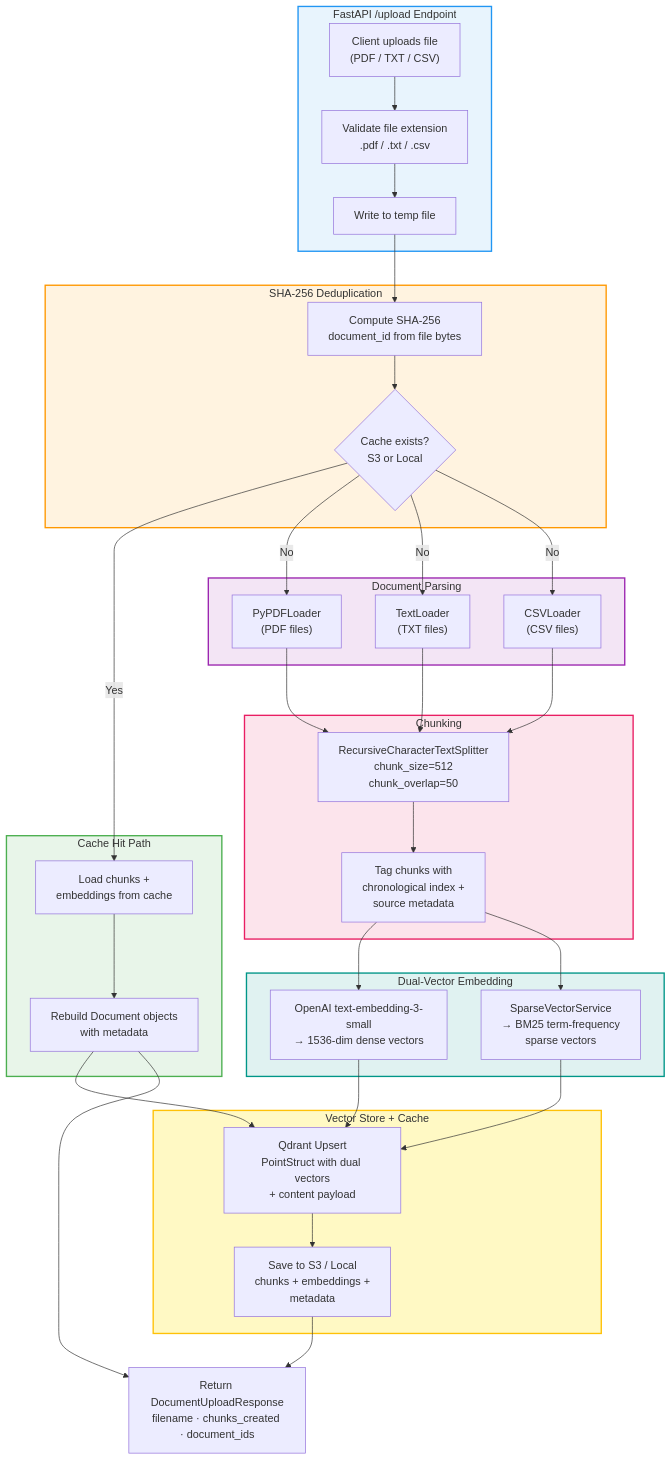
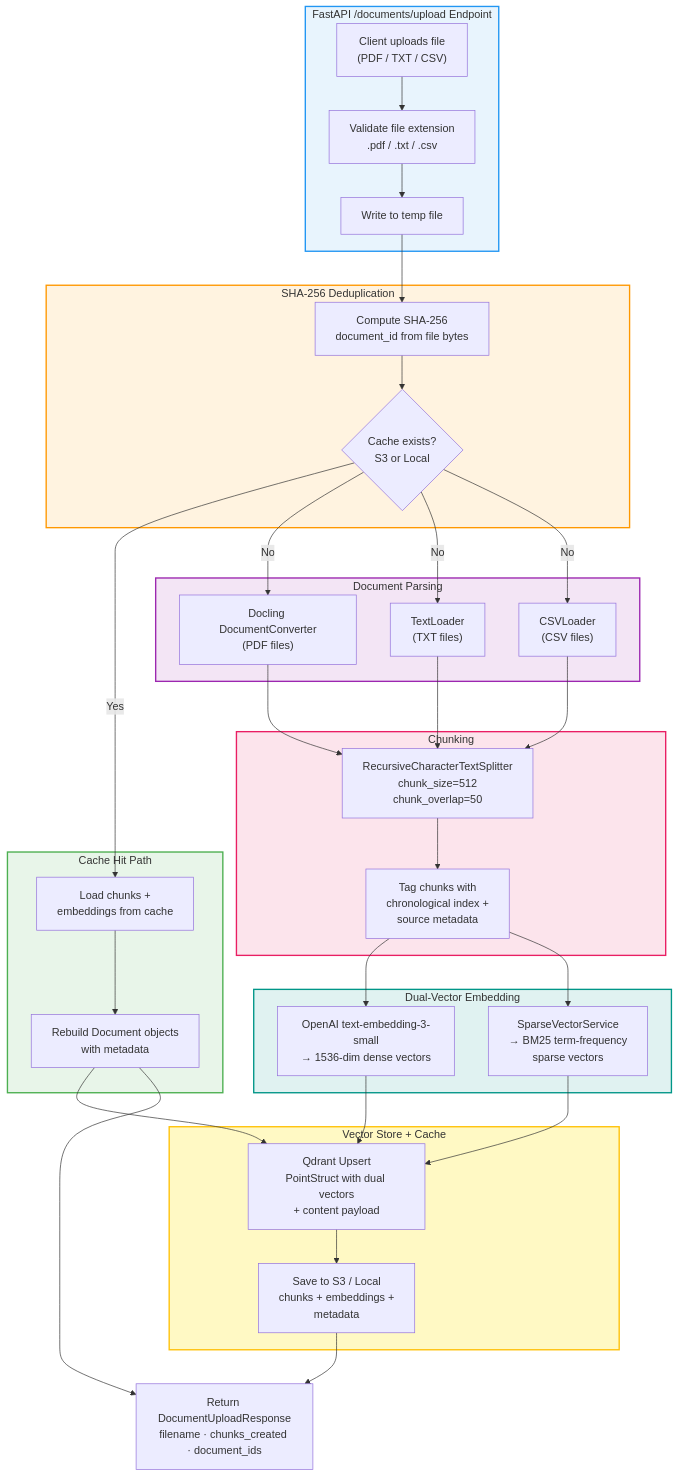
One commit to Manishekhar001/IDOP changed the diagram in docs/design/03-document-upload-pipeline.md. Above: the diagram before and after it, drawn with Mermaid. The commit also changed other lines of this file and 11 other files, not shown here.

````diff
--- a/docs/design/03-document-upload-pipeline.md
+++ b/docs/design/03-document-upload-pipeline.md
@@ -19,68 +19,68 @@
 ```mermaid
 graph TB
-    subgraph Upload["FastAPI /upload Endpoint"]
+    subgraph Upload["FastAPI /documents/upload Endpoint"]
         style Upload fill:#e8f4fd,stroke:#2196F3,stroke-width:2px
         Client["Client uploads file<br/>(PDF / TXT / CSV)"]
         Validate["Validate file extension<br/>.pdf / .txt / .csv"]
         TempFile["Write to temp file"]
     end
 
     subgraph Dedup["SHA-256 Deduplication"]
         style Dedup fill:#fff3e0,stroke:#FF9800,stroke-width:2px
         Hash["Compute SHA-256<br/>document_id from file bytes"]
         CacheCheck{"Cache exists?<br/>S3 or Local"}
     end
 
     subgraph Cached["Cache Hit Path"]
         style Cached fill:#e8f5e9,stroke:#4CAF50,stroke-width:2px
         LoadCache["Load chunks +<br/>embeddings from cache"]
         RebuildDocs["Rebuild Document objects<br/>with metadata"]
     end
 
     subgraph Parse["Document Parsing"]
         style Parse fill:#f3e5f5,stroke:#9C27B0,stroke-width:2px
-        PDFLoader["PyPDFLoader<br/>(PDF files)"]
+        PDFLoader["Docling DocumentConverter<br/>(PDF files)"]
         TextLoader["TextLoader<br/>(TXT files)"]
         CSVLoader["CSVLoader<br/>(CSV files)"]
     end
 
     subgraph Chunk["Chunking"]
         style Chunk fill:#fce4ec,stroke:#E91E63,stroke-width:2px
         Splitter["RecursiveCharacterTextSplitter<br/>chunk_size=512<br/>chunk_overlap=50"]
         IndexTag["Tag chunks with<br/>chronological index +<br/>source metadata"]
     end
 
     subgraph Embed["Dual-Vector Embedding"]
         style Embed fill:#e0f2f1,stroke:#009688,stroke-width:2px
         Dense["OpenAI text-embedding-3-small<br/>→ 1536-dim dense vectors"]
         Sparse["SparseVectorService<br/>→ BM25 term-frequency<br/>sparse vectors"]
     end
 
     subgraph Store["Vector Store + Cache"]
         style Store fill:#fff9c4,stroke:#FFC107,stroke-width:2px
         Qdrant["Qdrant Upsert<br/>PointStruct with dual vectors<br/>+ content payload"]
         SaveCache["Save to S3 / Local<br/>chunks + embeddings +<br/>metadata"]
     end
 
     Response["Return DocumentUploadResponse<br/>filename · chunks_created · document_ids"]
 
     Client --> Validate --> TempFile --> Hash
     Hash --> CacheCheck
     CacheCheck -->|"Yes"| LoadCache --> RebuildDocs --> Qdrant
     CacheCheck -->|"No"| PDFLoader
     CacheCheck -->|"No"| TextLoader
     CacheCheck -->|"No"| CSVLoader
 
     PDFLoader --> Splitter
     TextLoader --> Splitter
     CSVLoader --> Splitter
     Splitter --> IndexTag
 
     IndexTag --> Dense
     IndexTag --> Sparse
 
     Dense --> Qdrant
     Sparse --> Qdrant
     Qdrant --> SaveCache --> Response
     RebuildDocs --> Response
 ```
````
